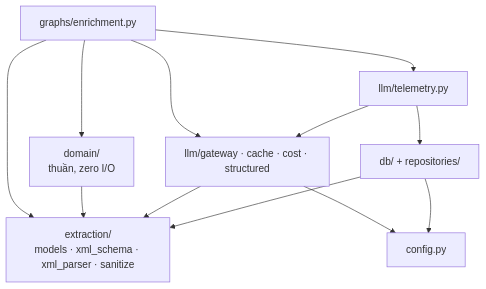
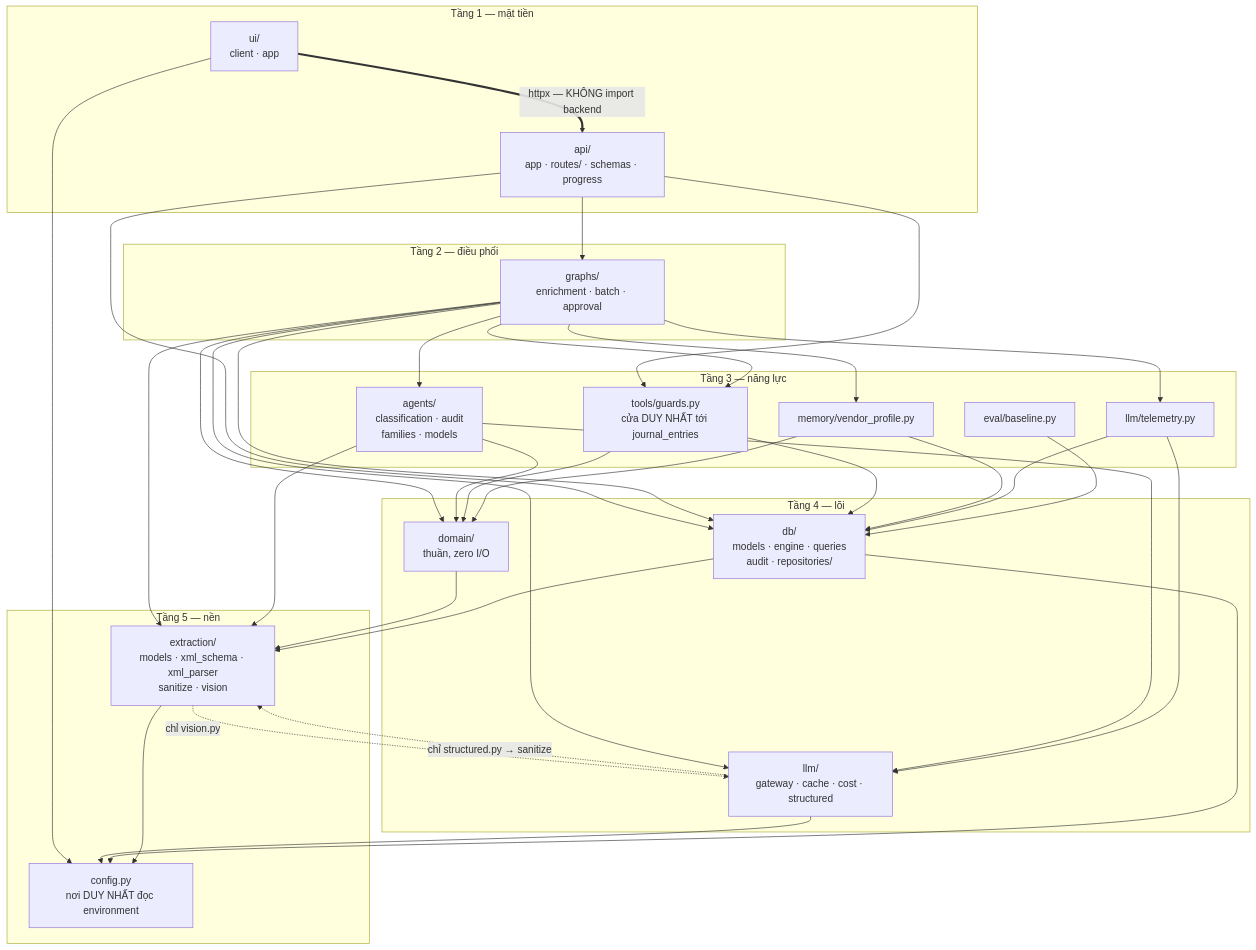
Before and after one commit to quockhanh41/Vietnamese-Invoice-agent: the diagram in docs/diagrams/module_dependencies.mmd, drawn with Mermaid. The commit also changed 12 other files, not shown here.

Commit message:
refactor: update architecture diagrams, consolidate module dependencies, and add a CI enforcement test for HITL durability.

```diff
--- a/docs/diagrams/module_dependencies.mmd
+++ b/docs/diagrams/module_dependencies.mmd
@@ -1,20 +1,63 @@
 flowchart TD
-    graphs["graphs/enrichment.py"]
-    telemetry["llm/telemetry.py"]
-    domain["domain/<br/>thuần, zero I/O"]
-    llmpkg["llm/gateway · cache · cost · structured"]
-    db["db/ + repositories/"]
-    extraction["extraction/<br/>models · xml_schema · xml_parser · sanitize"]
-    config["config.py"]
+    subgraph T1["Tầng 1 — mặt tiền"]
+        ui["ui/<br/>client · app"]
+        api["api/<br/>app · routes/ · schemas · progress"]
+    end
 
+    subgraph T2["Tầng 2 — điều phối"]
+        graphs["graphs/<br/>enrichment · batch · approval"]
+    end
+
+    subgraph T3["Tầng 3 — năng lực"]
+        agents["agents/<br/>classification · audit<br/>families · models"]
+        tools["tools/guards.py<br/>cửa DUY NHẤT tới journal_entries"]
+        memory["memory/vendor_profile.py"]
+        telemetry["llm/telemetry.py"]
+        evalpkg["eval/baseline.py"]
+    end
+
+    subgraph T4["Tầng 4 — lõi"]
+        domain["domain/<br/>thuần, zero I/O"]
+        llmpkg["llm/<br/>gateway · cache · cost · structured"]
+        db["db/<br/>models · engine · queries<br/>audit · repositories/"]
+    end
+
+    subgraph T5["Tầng 5 — nền"]
+        extraction["extraction/<br/>models · xml_schema · xml_parser<br/>sanitize · vision"]
+        config["config.py<br/>nơi DUY NHẤT đọc environment"]
+    end
+
+    ui ==>|"httpx — KHÔNG import backend"| api
+    api --> graphs
+    api --> tools
+    api --> db
+
+    graphs --> agents
+    graphs --> tools
+    graphs --> memory
+    graphs --> telemetry
     graphs --> domain
+    graphs --> llmpkg
+    graphs --> db
     graphs --> extraction
-    graphs --> llmpkg
-    graphs --> telemetry
+
+    agents --> domain
+    agents --> llmpkg
+    agents --> extraction
+    tools --> domain
+    tools --> db
+    memory --> domain
+    memory --> db
     telemetry --> llmpkg
     telemetry --> db
+    evalpkg --> db
+
     domain --> extraction
-    llmpkg --> extraction
     db --> extraction
+    extraction -.->|"chỉ vision.py"| llmpkg
+    llmpkg -.->|"chỉ structured.py → sanitize"| extraction
+
+    ui --> config
     llmpkg --> config
     db --> config
+    extraction --> config
```
